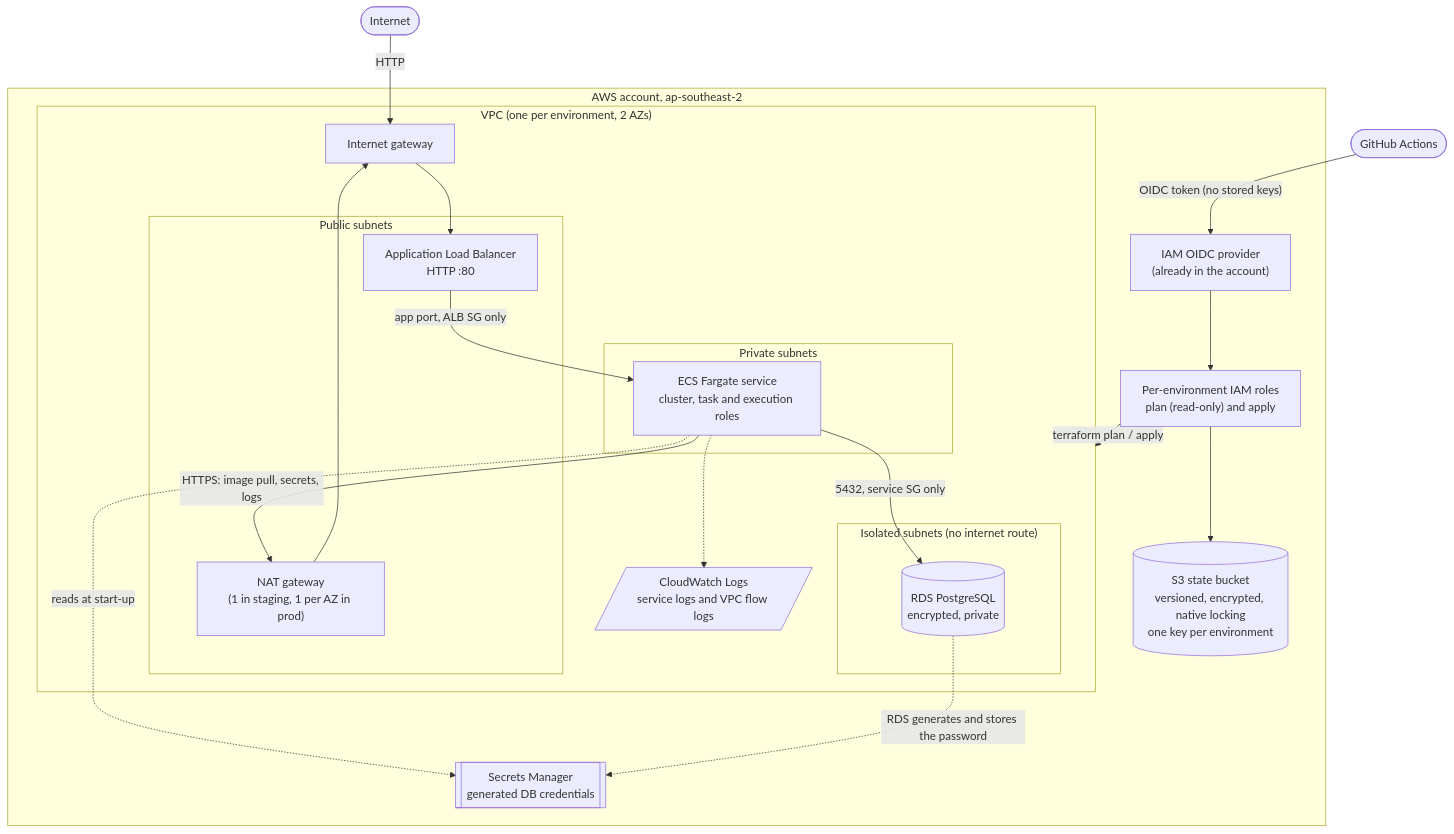
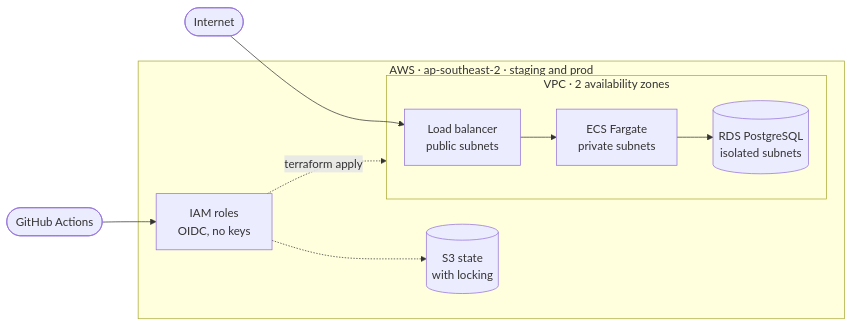
One commit to joheee/AwsEcsFoundationTerraform changed the diagram in README.md. Above: the diagram before and after it, drawn with Mermaid.

Commit message:
docs: simplify diagram

````diff
--- a/README.md
+++ b/README.md
@@ -14,43 +14,20 @@
 ```mermaid
-flowchart TB
+flowchart LR
     user([Internet])
     gh([GitHub Actions])
 
-    subgraph aws["AWS account, ap-southeast-2"]
-        oidc["IAM OIDC provider<br/>(already in the account)"]
-        roles["Per-environment IAM roles<br/>plan (read-only) and apply"]
-        state[("S3 state bucket<br/>versioned, encrypted, native locking<br/>one key per environment")]
-        secret[["Secrets Manager<br/>generated DB credentials"]]
-
-        subgraph vpc["VPC (one per environment, 2 AZs)"]
-            igw[Internet gateway]
-
-            subgraph pub["Public subnets"]
-                alb["Application Load Balancer<br/>HTTP :80"]
-                nat["NAT gateway<br/>(1 in staging, 1 per AZ in prod)"]
-            end
-
-            subgraph priv["Private subnets"]
-                svc["ECS Fargate service<br/>cluster, task and execution roles"]
-            end
-
-            subgraph iso["Isolated subnets (no internet route)"]
-                db[("RDS PostgreSQL<br/>encrypted, private")]
-            end
-
-            logs[/"CloudWatch Logs<br/>service logs and VPC flow logs"/]
+    subgraph aws["AWS · ap-southeast-2 · staging and prod"]
+        subgraph vpc["VPC · 2 availability zones"]
+            alb["Load balancer<br/>public subnets"]
+            svc["ECS Fargate<br/>private subnets"]
+            db[("RDS PostgreSQL<br/>isolated subnets")]
         end
+        iam["IAM roles<br/>OIDC, no keys"]
+        state[("S3 state<br/>with locking")]
     end
 
-    user -->|HTTP| igw --> alb
-    alb -->|"app port, ALB SG only"| svc
-    svc -->|"5432, service SG only"| db
-    svc -->|"HTTPS: image pull, secrets, logs"| nat --> igw
-    svc -.->|reads at start-up| secret
-    db -.->|"RDS generates and stores the password"| secret
-    svc -.-> logs
-
-    gh -->|"OIDC token (no stored keys)"| oidc --> roles
-    roles -->|"terraform plan / apply"| vpc
-    roles --> state
+    user --> alb --> svc --> db
+    gh --> iam
+    iam -.->|"terraform apply"| vpc
+    iam -.-> state
 ```
````
